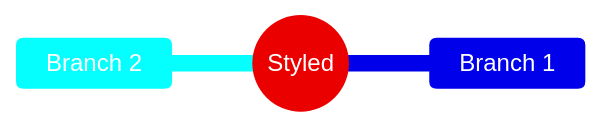
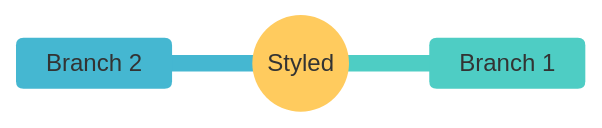
Diagram 11 of 11 in skills/engineering/drawing-mermaid-diagrams/references/mindmap.md (bostonaholic/skills), drawn with Mermaid before and after one commit. The commit also changed other lines of this file and 35 other files, not shown here.

````diff
--- a/skills/engineering/drawing-mermaid-diagrams/references/mindmap.md
+++ b/skills/engineering/drawing-mermaid-diagrams/references/mindmap.md
@@ -239,11 +253,14 @@
 ```mermaid
-%%{init: {'theme': 'base', 'themeVariables': {
-    'primaryColor': '#ff6b6b',
-    'primaryTextColor': '#fff',
-    'primaryBorderColor': '#ff5252'
-}}}%%
+---
+config:
+  theme: base
+  themeVariables:
+    cScale0: "#ff6b6b"
+    cScale1: "#4ecdc4"
+    cScale2: "#45b7d1"
+---
 mindmap
     root((Styled))
         Branch 1
         Branch 2
 ```
````
